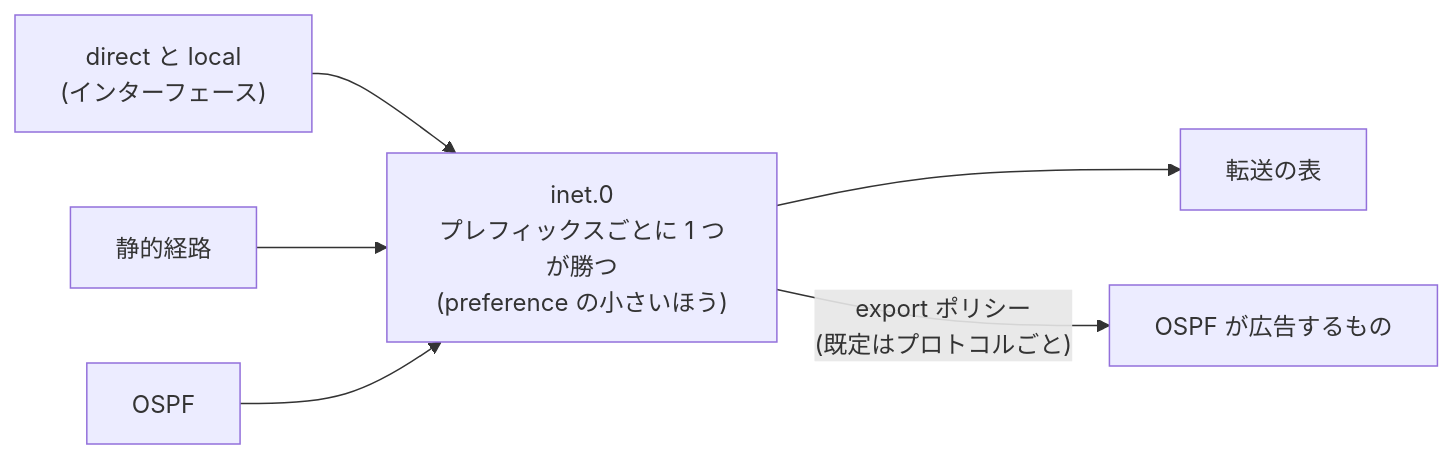
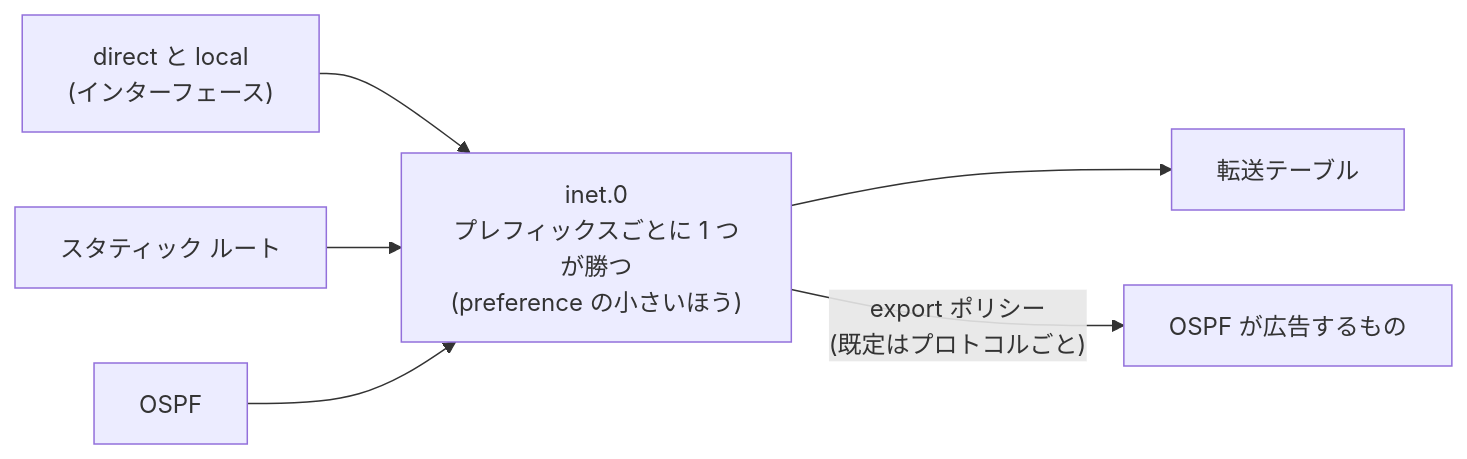
One commit to suzugross/CCNP_LAB_FACTORY changed the diagram in courses/junos/ja/05-j0-routing-table.md. Above: the diagram before and after it, drawn with Mermaid. The commit also changed other lines of this file and 302 other files, not shown here.

````diff
--- a/courses/junos/ja/05-j0-routing-table.md
+++ b/courses/junos/ja/05-j0-routing-table.md
@@ -30,8 +30,8 @@
 ```mermaid
 flowchart LR
   D["direct と local<br>(インターフェース)"] --> T
-  S["静的経路"] --> T
+  S["スタティック ルート"] --> T
   O["OSPF"] --> T
-  T["inet.0<br>プレフィックスごとに 1 つが勝つ<br>(preference の小さいほう)"] --> F["転送の表"]
+  T["inet.0<br>プレフィックスごとに 1 つが勝つ<br>(preference の小さいほう)"] --> F["転送テーブル"]
   T -- "export ポリシー<br>(既定はプロトコルごと)" --> O2["OSPF が広告するもの"]
 ```
````
